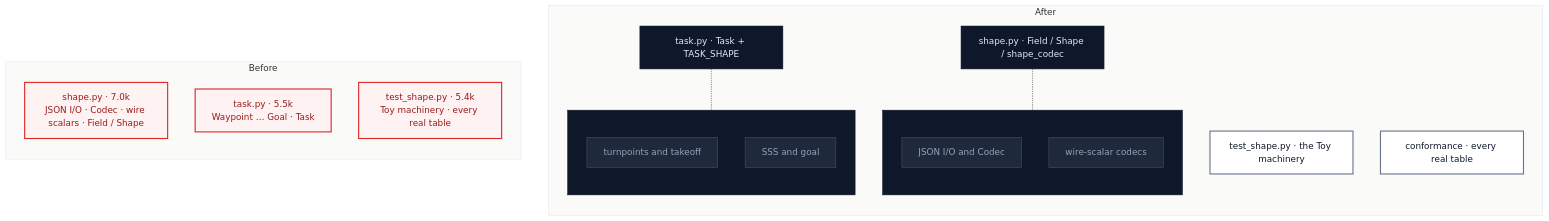
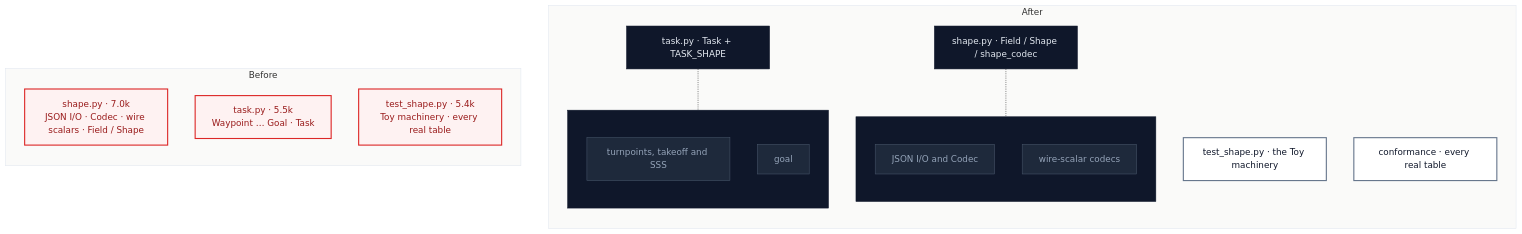
Before and after one commit to simonsteiner/pyxctsk: the diagram in docs/arch-review/2026-10-20-token-budget/C2-split-the-model-tables.md, drawn with Mermaid. The commit also changed other lines of this file and 6 other files, not shown here.

````diff
--- a/docs/arch-review/2026-10-20-token-budget/C2-split-the-model-tables.md
+++ b/docs/arch-review/2026-10-20-token-budget/C2-split-the-model-tables.md
@@ -9,38 +9,38 @@
 ```mermaid
 flowchart LR
   subgraph before["Before"]
     direction TB
     S1["shape.py · 7.0k<br>JSON I/O · Codec · wire scalars · Field / Shape"]:::leak
     T1["task.py · 5.5k<br>Waypoint … Goal · Task"]:::leak
     TS1["test_shape.py · 5.4k<br>Toy machinery · every real table"]:::leak
   end
   subgraph after["After"]
     direction TB
     S2["shape.py · Field / Shape / shape_codec"]:::deep
     subgraph sh[" "]
       direction TB
       J2["JSON I/O and Codec"]:::faded
       W2["wire-scalar codecs"]:::faded
     end
     S2 -.- sh
     T2["task.py · Task + TASK_SHAPE"]:::deep
     subgraph tk[" "]
       direction TB
-      PT2["turnpoints and takeoff"]:::faded
-      SG2["SSS and goal"]:::faded
+      PT2["turnpoints, takeoff and SSS"]:::faded
+      SG2["goal"]:::faded
     end
     T2 -.- tk
     TS2["test_shape.py · the Toy machinery"]:::module
     WT2["conformance · every real table"]:::module
   end
   before ~~~ after
   classDef module fill:#ffffff,stroke:#64748b,stroke-width:2px,color:#0f172a
   classDef shallow fill:#f1f5f9,stroke:#94a3b8,stroke-dasharray:4 3,color:#334155
   classDef deep fill:#0f172a,stroke:#0f172a,color:#e2e8f0
   classDef faded fill:#1e293b,stroke:#475569,color:#94a3b8
   classDef leak fill:#fef2f2,stroke:#dc2626,stroke-width:2px,color:#991b1b
   style sh fill:#0f172a,stroke:#0f172a
   style tk fill:#0f172a,stroke:#0f172a
   style before fill:#fafaf9,stroke:#e2e8f0
   style after fill:#fafaf9,stroke:#e2e8f0
 ```
````
